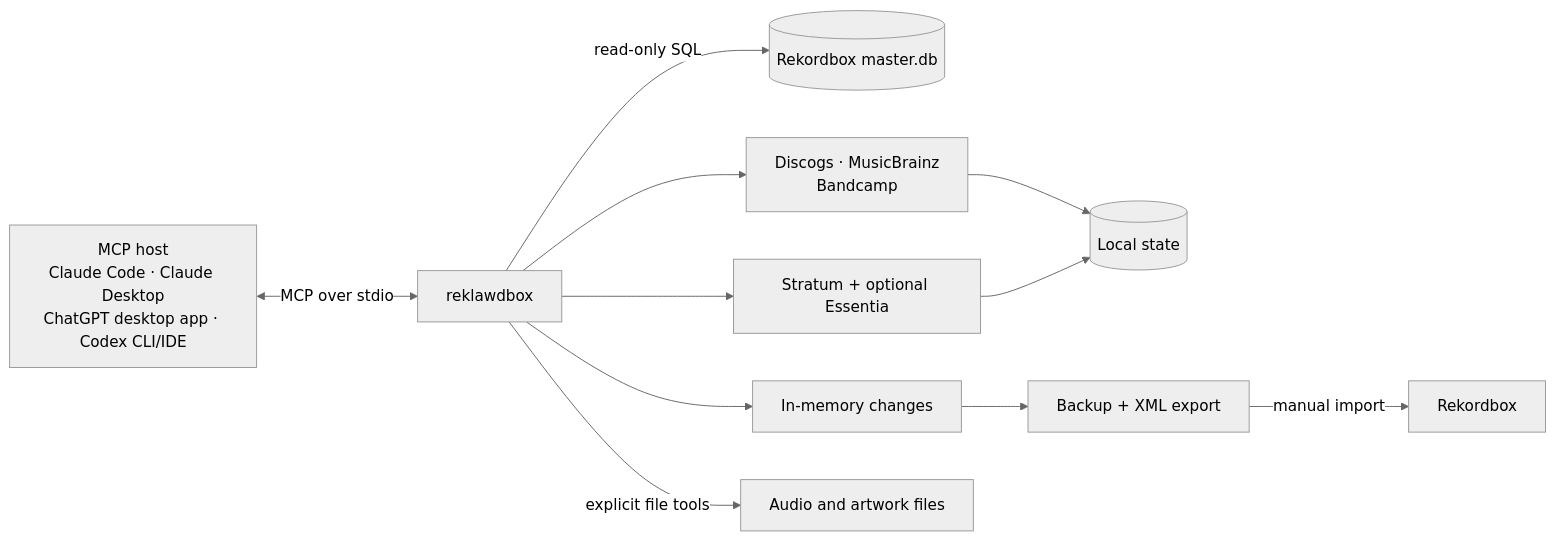
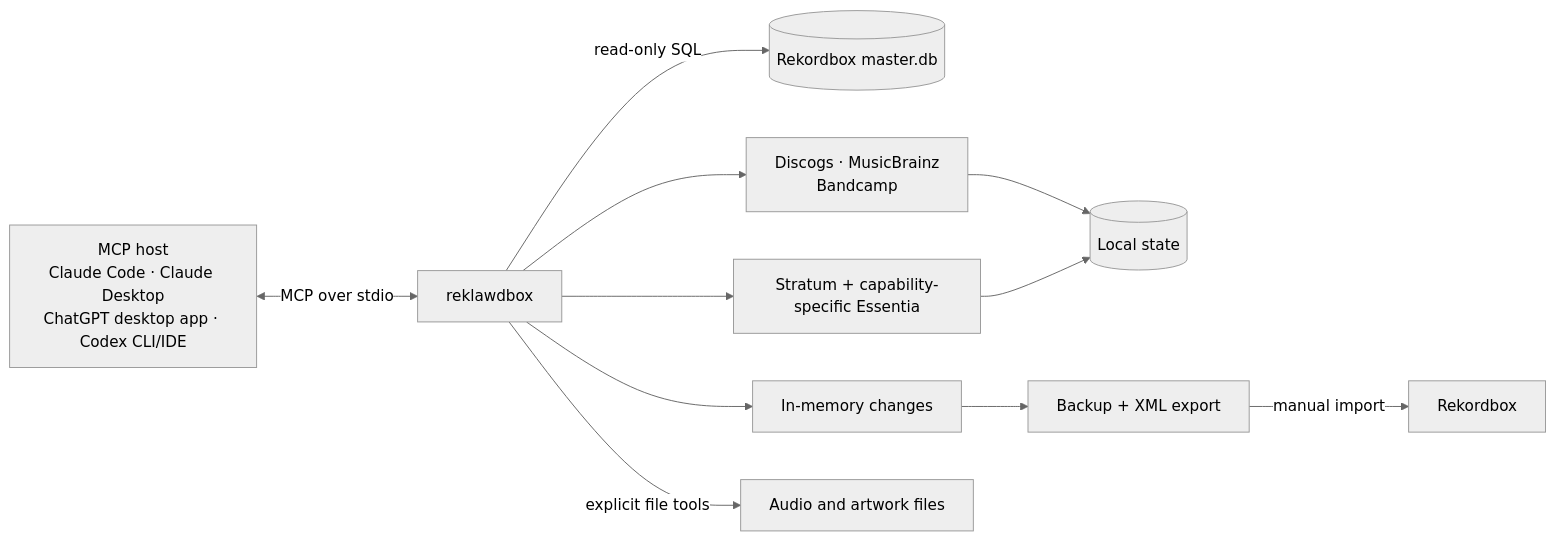
One commit to ryan-voitiskis/reklawdbox changed the diagram in README.md. Above: the diagram before and after it, drawn with Mermaid (neutral theme). The commit also changed other lines of this file and 32 other files, not shown here.

````diff
--- a/README.md
+++ b/README.md
@@ -150,16 +156,16 @@
 ```mermaid
 flowchart LR
     host["MCP host<br/>Claude Code · Claude Desktop<br/>ChatGPT desktop app · Codex CLI/IDE"] <-->|"MCP over stdio"| app["reklawdbox"]
 
     app -->|"read-only SQL"| db[("Rekordbox master.db")]
     app --> providers["Discogs · MusicBrainz<br/>Bandcamp"]
-    app --> analysis["Stratum + optional Essentia"]
+    app --> analysis["Stratum + capability-specific Essentia"]
     providers --> state[("Local state")]
     analysis --> state
 
     app --> staged["In-memory changes"]
     staged --> export["Backup + XML export"]
     export -->|"manual import"| rekordbox["Rekordbox"]
 
     app -->|"explicit file tools"| files["Audio and artwork files"]
 ```
````
